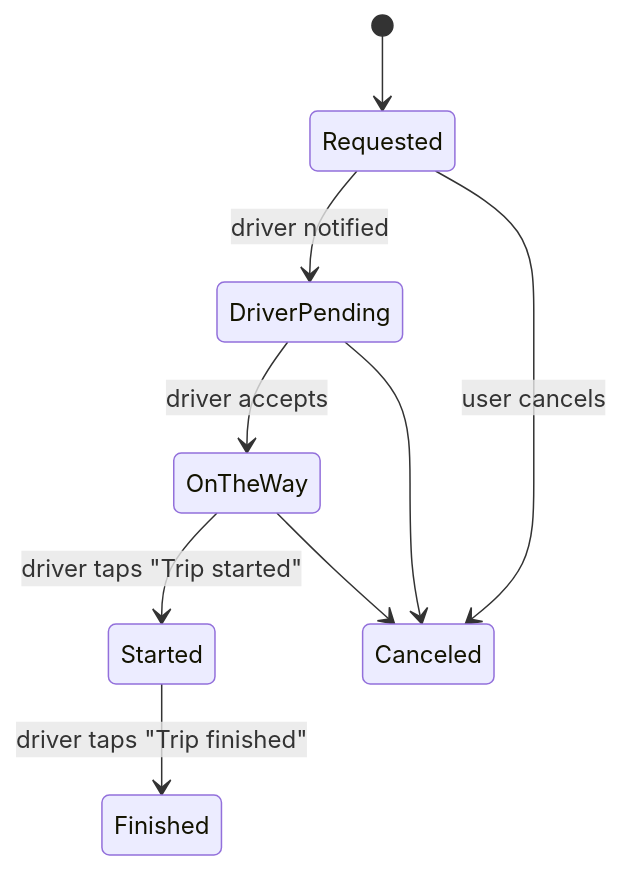
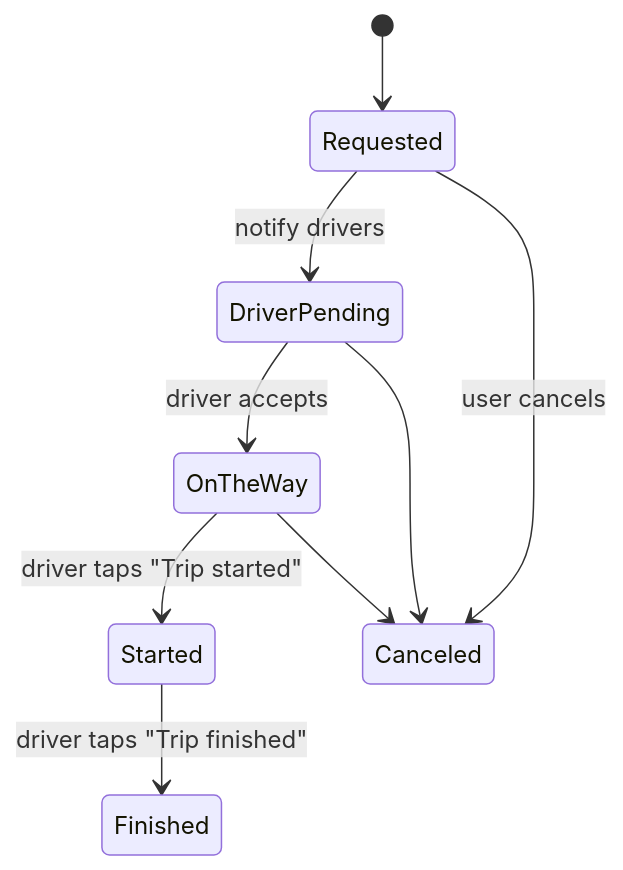
Before and after one commit to rusets/ridebot-infra: the third of 3 diagrams in docs/README.md, drawn with Mermaid. The commit also changed other lines of this file, not shown here.

````diff
--- a/docs/README.md
+++ b/docs/README.md
@@ -40,11 +46,11 @@
 ```mermaid
 stateDiagram-v2
   [*] --> Requested
-  Requested --> DriverPending: driver notified
+  Requested --> DriverPending: notify drivers
   DriverPending --> OnTheWay: driver accepts
   OnTheWay --> Started: driver taps "Trip started"
   Started --> Finished: driver taps "Trip finished"
   Requested --> Canceled: user cancels
   DriverPending --> Canceled
   OnTheWay --> Canceled
 ```
````
